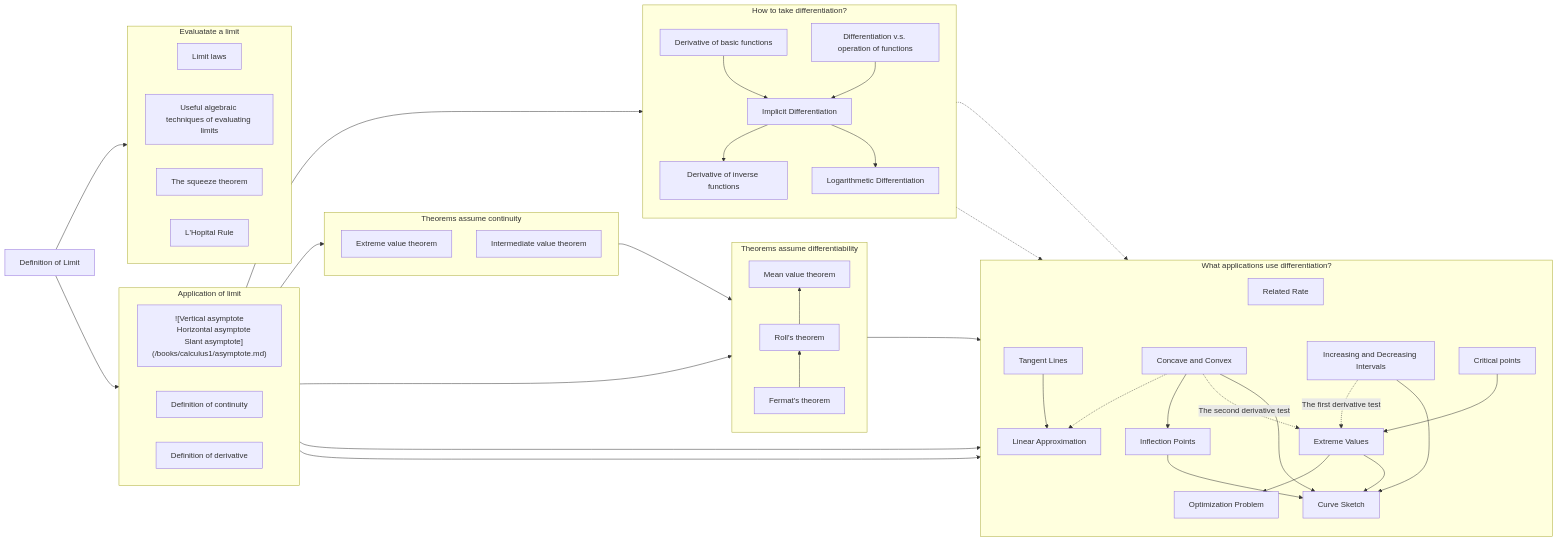
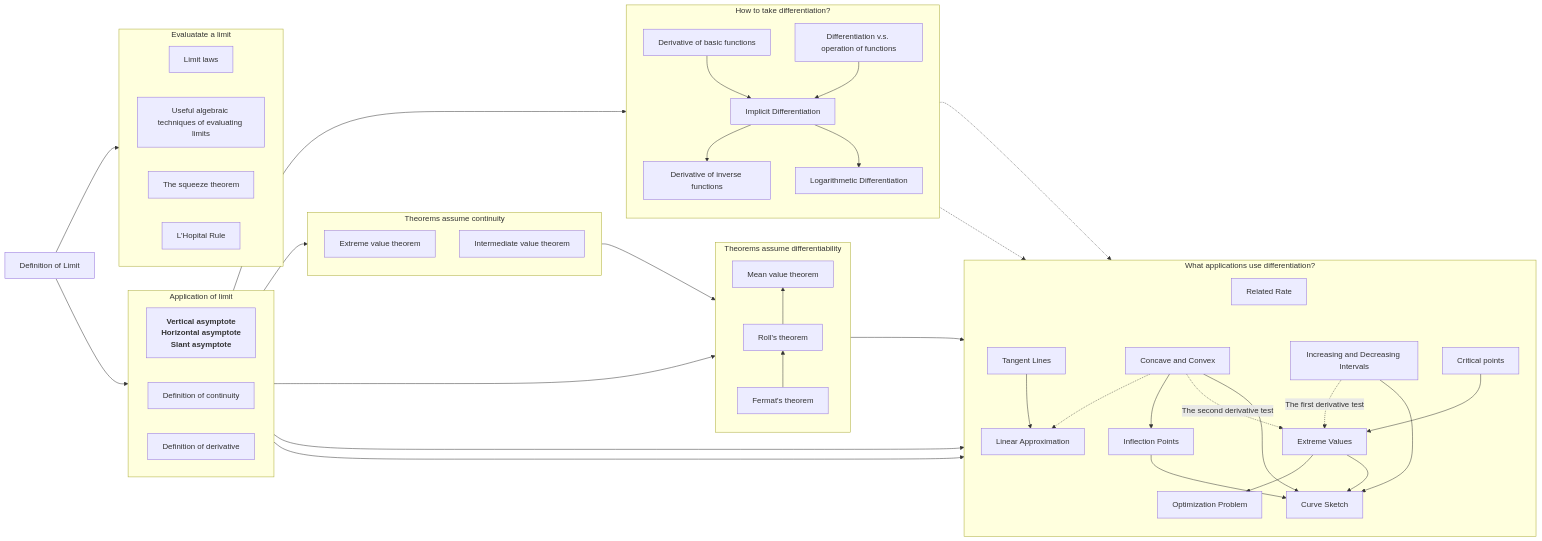
Before and after one commit to junwenwaynepeng/junwenwaynepeng.github.io: the diagram in _posts/2023-10-19-Calculus-1-overview.md, drawn with Mermaid.

```diff
--- a/_posts/2023-10-19-Calculus-1-overview.md
+++ b/_posts/2023-10-19-Calculus-1-overview.md
@@ -17,9 +17,9 @@
     LimitTech["Useful algebraic techniques of evaluating limits"];
     Squeeze["The squeeze theorem"];
     LHopital["L'Hopital Rule"];
-    Asymptote["![Vertical asymptote
+    Asymptote[<b>Vertical asymptote
     Horizontal asymptote
-    Slant asymptote](/books/calculus1/asymptote.md)"];
+    Slant asymptote</b><a href='../books/calculus1/asymptote.md'</a>];
     Continuity["Definition of continuity"];
     EVT["Extreme value theorem"];
     IVT["Intermediate value theorem"];
```
